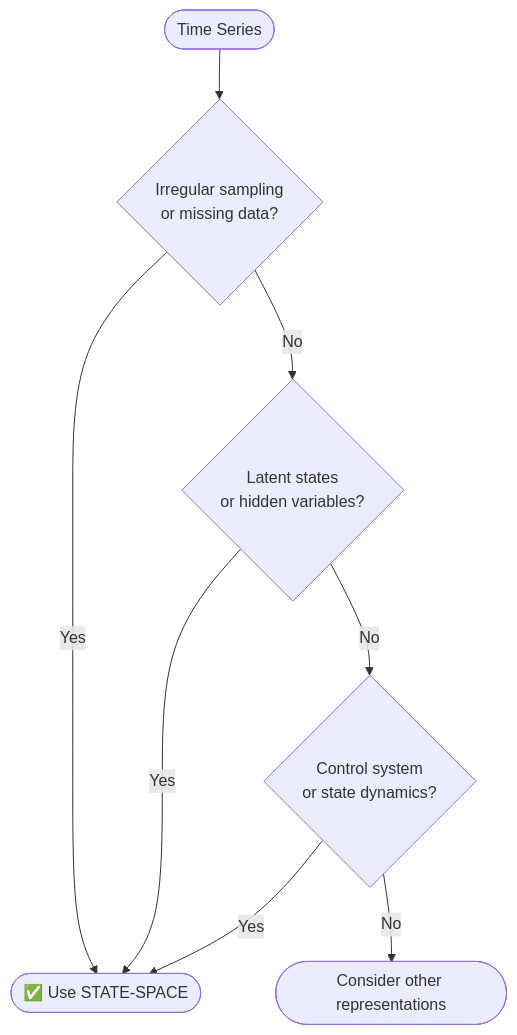
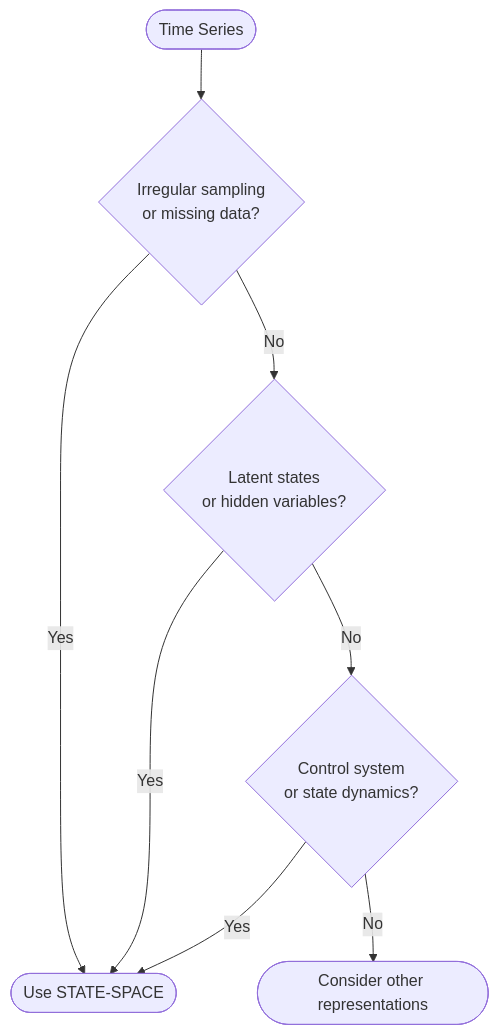
Before and after one commit to Shuxin-Y/time-series-analysis-manual: the ninth of 14 diagrams in docs/01-master-flowchart/03-representation-workflow.md, drawn with Mermaid. The commit also changed other lines of this file and 3 other files, not shown here.

First line of the commit message:
Enable Mermaid rendering and remove all emojis from flowcharts

````diff
--- a/docs/01-master-flowchart/03-representation-workflow.md
+++ b/docs/01-master-flowchart/03-representation-workflow.md
@@ -421,19 +421,19 @@
 ```mermaid
 graph TD
     START([Time Series]) --> QUESTION1
 
     QUESTION1{Irregular sampling<br/>or missing data?}
     QUESTION1 -->|Yes| SS_GOOD
     QUESTION1 -->|No| QUESTION2
 
     QUESTION2{Latent states<br/>or hidden variables?}
     QUESTION2 -->|Yes| SS_GOOD
     QUESTION2 -->|No| QUESTION3
 
     QUESTION3{Control system<br/>or state dynamics?}
     QUESTION3 -->|Yes| SS_GOOD
     QUESTION3 -->|No| CONSIDER_OTHER
 
-    SS_GOOD([✅ Use STATE-SPACE])
+    SS_GOOD([Use STATE-SPACE])
     CONSIDER_OTHER([Consider other representations])
 ```
````
